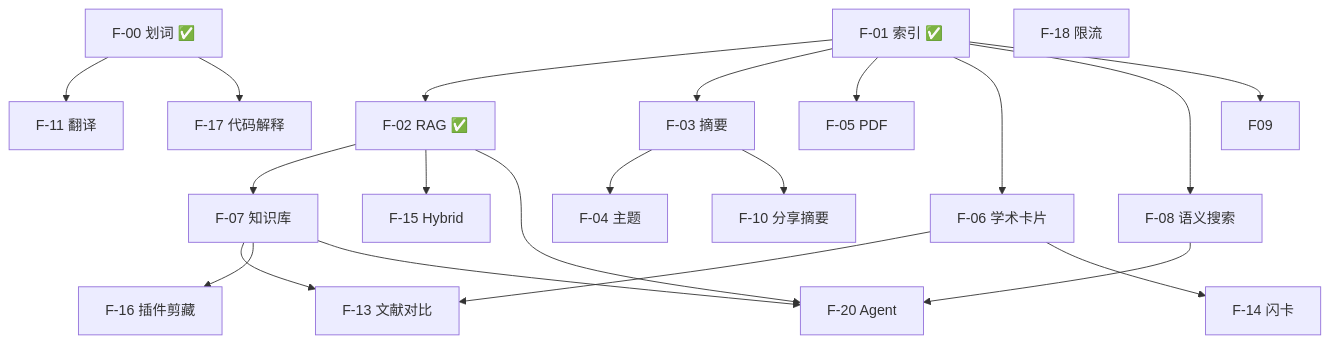
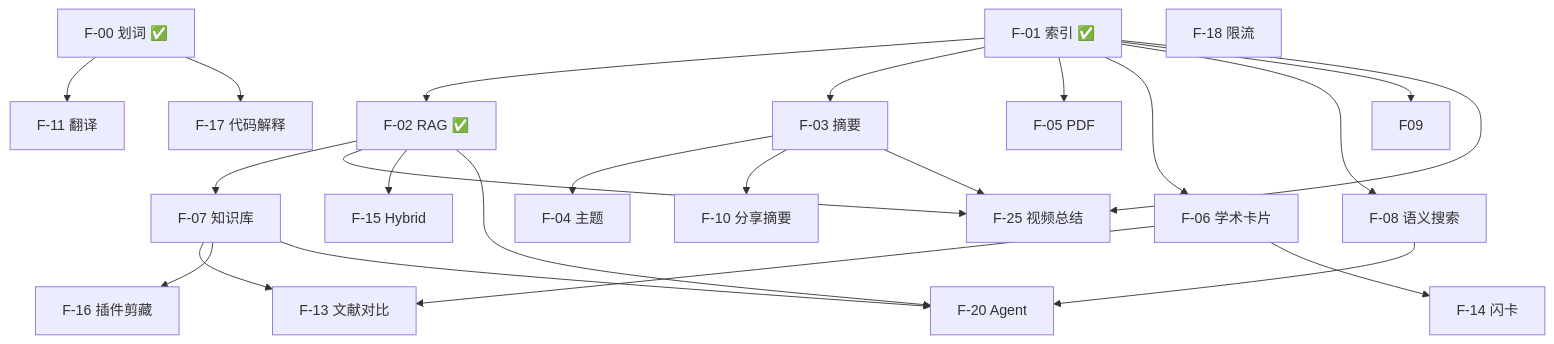
One commit to zhengjiayingz/file-management changed the diagram in file_management_backend_nest/docs/plans/2026-07-08-ai-features-prd.md. Above: the diagram before and after it, drawn with Mermaid. The commit also changed other lines of this file and 2 other files, not shown here.

````diff
--- a/file_management_backend_nest/docs/plans/2026-07-08-ai-features-prd.md
+++ b/file_management_backend_nest/docs/plans/2026-07-08-ai-features-prd.md
@@ -825,33 +936,37 @@
 ```mermaid
 flowchart TB
     F00[F-00 划词 ✅]
     F01[F-01 索引 ✅]
     F02[F-02 RAG ✅]
     F03[F-03 摘要]
     F04[F-04 主题]
     F05[F-05 PDF]
     F06[F-06 学术卡片]
     F07[F-07 知识库]
     F08[F-08 语义搜索]
     F18[F-18 限流]
+    F25[F-25 视频总结]
 
     F00 --> F11[F-11 翻译]
     F00 --> F17[F-17 代码解释]
     F01 --> F02
     F01 --> F03
     F01 --> F05
     F01 --> F06
     F01 --> F08
     F01 --> F09
+    F01 --> F25
     F03 --> F04
     F03 --> F10[F-10 分享摘要]
+    F03 --> F25
     F02 --> F07
+    F02 --> F25
     F06 --> F13[F-13 文献对比]
     F06 --> F14[F-14 闪卡]
     F07 --> F13
     F07 --> F16[F-16 插件剪藏]
     F02 --> F15[F-15 Hybrid]
     F02 --> F20[F-20 Agent]
     F07 --> F20
     F08 --> F20
 ```
````
